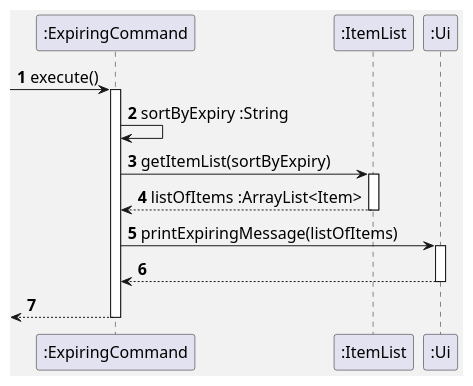
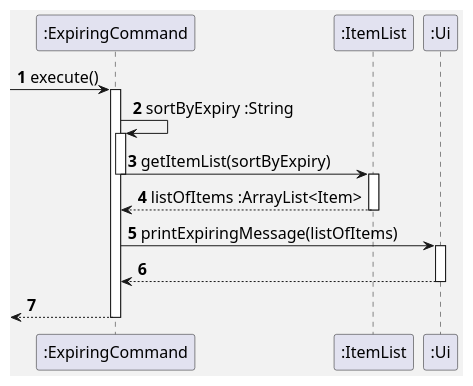
Before and after one commit to uosjapuelks/tp: the diagram in docs/pumlFiles/ExpiringSequence.puml, drawn with PlantUML. The commit also changed 3 other files, not shown here.

Commit message:
Updated sequencediagrams

```diff
--- a/docs/pumlFiles/ExpiringSequence.puml
+++ b/docs/pumlFiles/ExpiringSequence.puml
@@ -1,25 +1,29 @@
 @startuml
 'https://plantuml.com/class-diagram
 
 skinparam backgroundColor #f2f2f2
 skinparam defaultFontSize 16
 
 autonumber
 
 -> ":ExpiringCommand": execute()
 activate ":ExpiringCommand"
 
 ":ExpiringCommand" -> ":ExpiringCommand" : sortByExpiry :String
+activate ":ExpiringCommand"
+
 ":ExpiringCommand" -> ":ItemList": getItemList(sortByExpiry)
+deactivate ":ExpiringCommand"
 activate ":ItemList"
+
 ":ExpiringCommand" <--":ItemList": listOfItems :ArrayList<Item>
 deactivate ":ItemList"
 ":ExpiringCommand" -> ":Ui": printExpiringMessage(listOfItems)
 activate ":Ui"
 ":ExpiringCommand" <-- ":Ui"
 deactivate ":Ui"
 
 <-- ":ExpiringCommand"
 deactivate ":ExpiringCommand"
 
 @enduml
```
